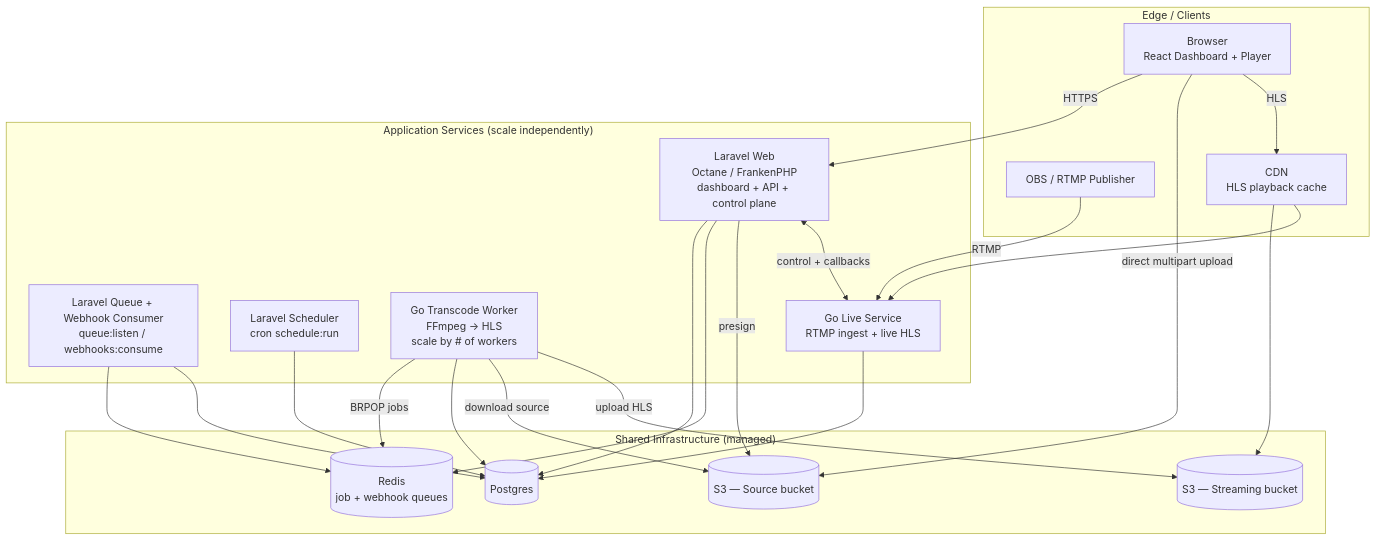
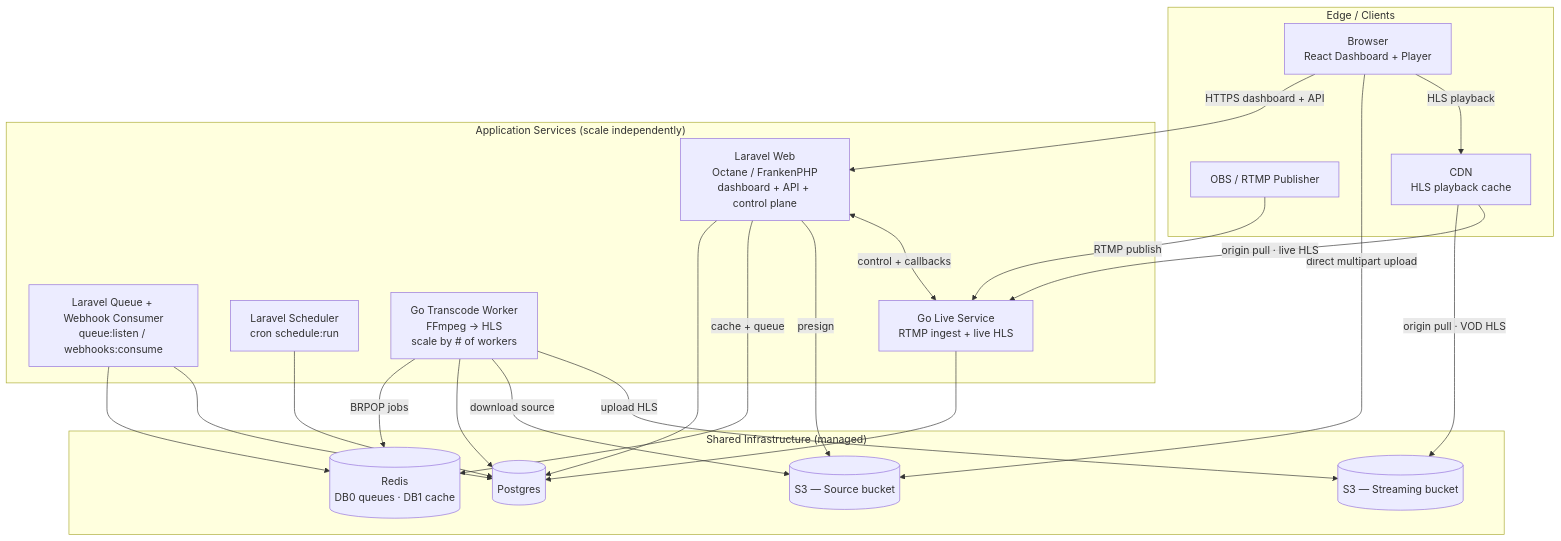
The second of 7 diagrams in README.md (saturngod/oxygen), drawn with Mermaid before and after one commit. The commit also changed other lines of this file and 4 other files, not shown here.

````diff
--- a/README.md
+++ b/README.md
@@ -64,46 +64,46 @@
 ```mermaid
 graph TB
     subgraph edge["Edge / Clients"]
         BROWSER[Browser<br/>React Dashboard + Player]
         OBS[OBS / RTMP Publisher]
         CDN[CDN<br/>HLS playback cache]
     end
 
     subgraph app["Application Services (scale independently)"]
         LARAVEL[Laravel Web<br/>Octane / FrankenPHP<br/>dashboard + API + control plane]
         QUEUEW[Laravel Queue + Webhook Consumer<br/>queue:listen / webhooks:consume]
         SCHED[Laravel Scheduler<br/>cron schedule:run]
         TRANSCODER[Go Transcode Worker<br/>FFmpeg → HLS<br/>scale by # of workers]
         LIVE[Go Live Service<br/>RTMP ingest + live HLS]
     end
 
     subgraph data["Shared Infrastructure (managed)"]
         PG[(Postgres)]
-        REDIS[(Redis<br/>job + webhook queues)]
+        REDIS[(Redis<br/>DB0 queues · DB1 cache)]
         S3SRC[(S3 — Source bucket)]
         S3STR[(S3 — Streaming bucket)]
     end
 
-    BROWSER -->|HTTPS| LARAVEL
+    BROWSER -->|HTTPS dashboard + API| LARAVEL
     BROWSER -->|direct multipart upload| S3SRC
-    BROWSER -->|HLS| CDN
-    CDN --> S3STR
-    CDN --> LIVE
-    OBS -->|RTMP| LIVE
+    BROWSER -->|HLS playback| CDN
+    CDN -->|origin pull · VOD HLS| S3STR
+    CDN -->|origin pull · live HLS| LIVE
+    OBS -->|RTMP publish| LIVE
 
     LARAVEL --> PG
-    LARAVEL --> REDIS
+    LARAVEL -->|cache + queue| REDIS
     LARAVEL -->|presign| S3SRC
     LARAVEL <-->|control + callbacks| LIVE
 
     QUEUEW --> REDIS
     QUEUEW --> PG
     SCHED --> PG
 
     TRANSCODER -->|BRPOP jobs| REDIS
     TRANSCODER --> PG
     TRANSCODER -->|download source| S3SRC
     TRANSCODER -->|upload HLS| S3STR
 
     LIVE --> PG
 ```
````
